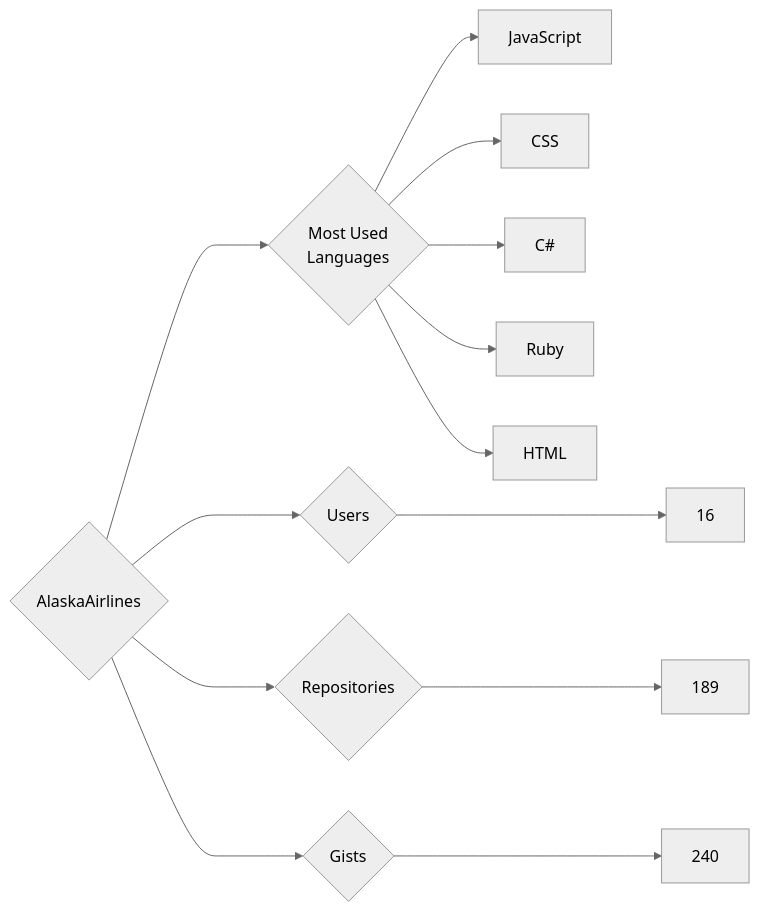
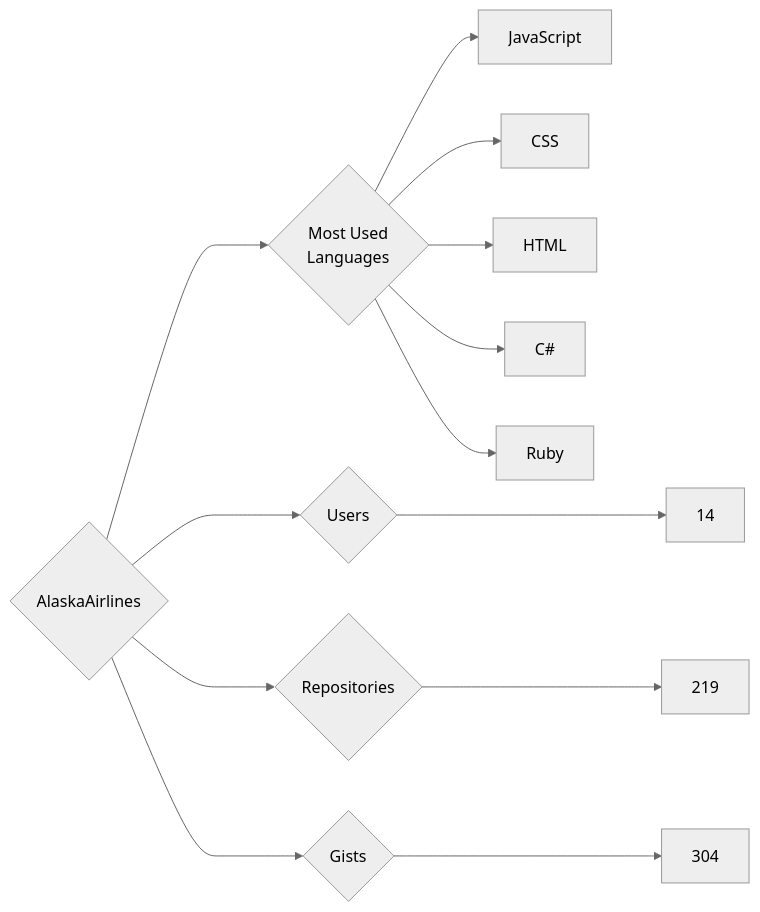
One commit to trickest/insiders changed the diagram in targets/AlaskaAirlines/README.md. Above: the diagram before and after it, drawn with Mermaid (neutral theme). The commit also changed 1195 other files, not shown here.

````diff
--- a/targets/AlaskaAirlines/README.md
+++ b/targets/AlaskaAirlines/README.md
@@ -3,13 +3,13 @@
 ```mermaid
 graph LR
 COMPANY_NAME{AlaskaAirlines}
-COMPANY_NAME ---> U{Users} ---> UN[16]
-COMPANY_NAME ---> R{Repositories} ---> RN[189]
-COMPANY_NAME ---> G{Gists} ---> GN[240]
+COMPANY_NAME ---> U{Users} ---> UN[14]
+COMPANY_NAME ---> R{Repositories} ---> RN[219]
+COMPANY_NAME ---> G{Gists} ---> GN[304]
 COMPANY_NAME ---> ML{Most Used<br>Languages}
 ML --> JavaScript[JavaScript]
 ML --> CSS[CSS]
+ML --> HTML[HTML]
 ML --> C#[C#]
 ML --> Ruby[Ruby]
-ML --> HTML[HTML]
 ```
````
